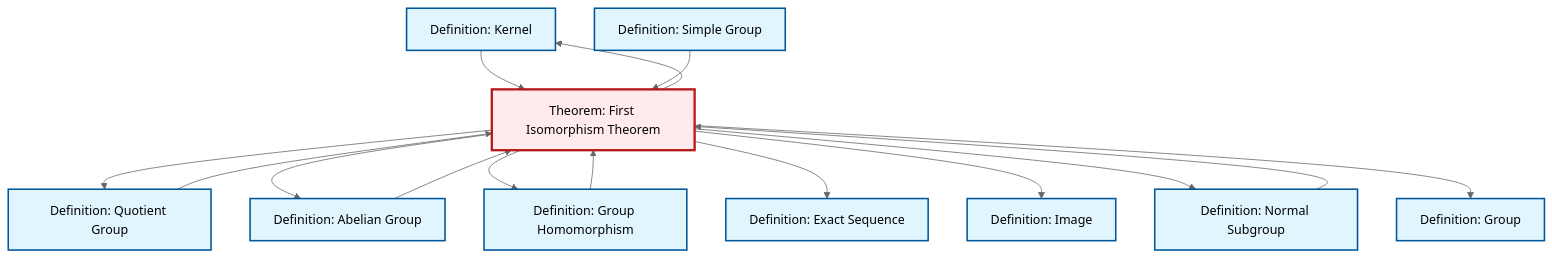
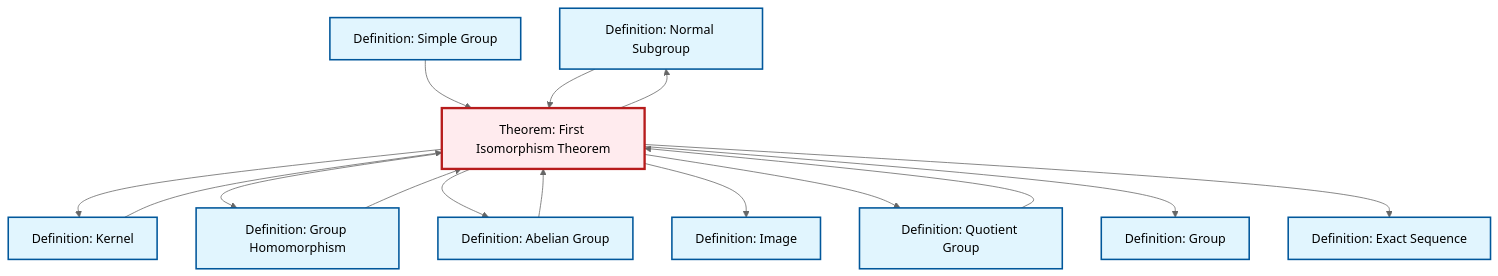
Before and after one commit to RK0429/ModernMath: the diagram in content/en/algebra/thm-first-isomorphism.qmd, drawn with Mermaid (neutral theme). The commit also changed other lines of this file and 672 other files, not shown here.

````diff
--- a/content/en/algebra/thm-first-isomorphism.qmd
+++ b/content/en/algebra/thm-first-isomorphism.qmd
@@ -109,43 +109,43 @@
 ```{mermaid}
 %%| fig-cap: "Local dependency graph"
 graph TD
     classDef definition fill:#e1f5fe,stroke:#01579b,stroke-width:2px
     classDef theorem fill:#f3e5f5,stroke:#4a148c,stroke-width:2px
     classDef axiom fill:#fff3e0,stroke:#e65100,stroke-width:2px
     classDef example fill:#e8f5e9,stroke:#1b5e20,stroke-width:2px
     classDef current fill:#ffebee,stroke:#b71c1c,stroke-width:3px
+    def-normal-subgroup["Definition: Normal Subgroup"]:::definition
+    def-image["Definition: Image"]:::definition
+    def-exact-sequence["Definition: Exact Sequence"]:::definition
+    def-quotient-group["Definition: Quotient Group"]:::definition
+    thm-first-isomorphism["Theorem: First Isomorphism Theorem"]:::theorem
+    def-homomorphism["Definition: Group Homomorphism"]:::definition
+    def-group["Definition: Group"]:::definition
+    def-simple-group["Definition: Simple Group"]:::definition
     def-kernel["Definition: Kernel"]:::definition
-    def-simple-group["Definition: Simple Group"]:::definition
-    def-image["Definition: Image"]:::definition
-    def-quotient-group["Definition: Quotient Group"]:::definition
     def-abelian-group["Definition: Abelian Group"]:::definition
-    def-normal-subgroup["Definition: Normal Subgroup"]:::definition
-    def-homomorphism["Definition: Group Homomorphism"]:::definition
-    def-exact-sequence["Definition: Exact Sequence"]:::definition
-    thm-first-isomorphism["Theorem: First Isomorphism Theorem"]:::theorem
-    def-group["Definition: Group"]:::definition
+    def-kernel --> thm-first-isomorphism
+    thm-first-isomorphism --> def-kernel
+    thm-first-isomorphism --> def-homomorphism
+    def-abelian-group --> thm-first-isomorphism
+    thm-first-isomorphism --> def-abelian-group
+    thm-first-isomorphism --> def-image
+    thm-first-isomorphism --> def-quotient-group
+    thm-first-isomorphism --> def-group
+    thm-first-isomorphism --> def-normal-subgroup
     def-homomorphism --> thm-first-isomorphism
-    thm-first-isomorphism --> def-quotient-group
-    thm-first-isomorphism --> def-abelian-group
-    thm-first-isomorphism --> def-kernel
+    thm-first-isomorphism --> def-exact-sequence
+    def-quotient-group --> thm-first-isomorphism
+    def-simple-group --> thm-first-isomorphism
     def-normal-subgroup --> thm-first-isomorphism
-    thm-first-isomorphism --> def-homomorphism
-    def-kernel --> thm-first-isomorphism
-    thm-first-isomorphism --> def-exact-sequence
-    thm-first-isomorphism --> def-image
-    thm-first-isomorphism --> def-normal-subgroup
-    thm-first-isomorphism --> def-group
-    def-abelian-group --> thm-first-isomorphism
-    def-simple-group --> thm-first-isomorphism
-    def-quotient-group --> thm-first-isomorphism
     class thm-first-isomorphism current
+    click def-normal-subgroup "def-normal-subgroup.html" "Go to Normal Subgroup definition"
+    click def-image "def-image.html" "Go to Image definition"
+    click def-exact-sequence "def-exact-sequence.html" "Go to Exact Sequence definition"
+    click def-quotient-group "def-quotient-group.html" "Go to Quotient Group definition"
+    click def-homomorphism "def-homomorphism.html" "Go to Group Homomorphism definition"
+    click def-group "def-group.html" "Go to Group definition"
+    click def-simple-group "def-simple-group.html" "Go to Simple Group definition"
     click def-kernel "def-kernel.html" "Go to Kernel definition"
-    click def-simple-group "def-simple-group.html" "Go to Simple Group definition"
-    click def-image "def-image.html" "Go to Image definition"
-    click def-quotient-group "def-quotient-group.html" "Go to Quotient Group definition"
     click def-abelian-group "def-abelian-group.html" "Go to Abelian Group definition"
-    click def-normal-subgroup "def-normal-subgroup.html" "Go to Normal Subgroup definition"
-    click def-homomorphism "def-homomorphism.html" "Go to Group Homomorphism definition"
-    click def-exact-sequence "def-exact-sequence.html" "Go to Exact Sequence definition"
-    click def-group "def-group.html" "Go to Group definition"
 ```
````
